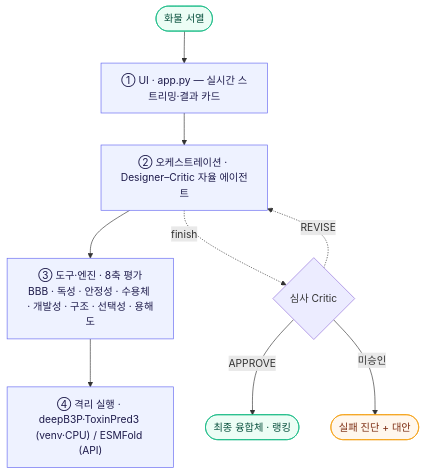
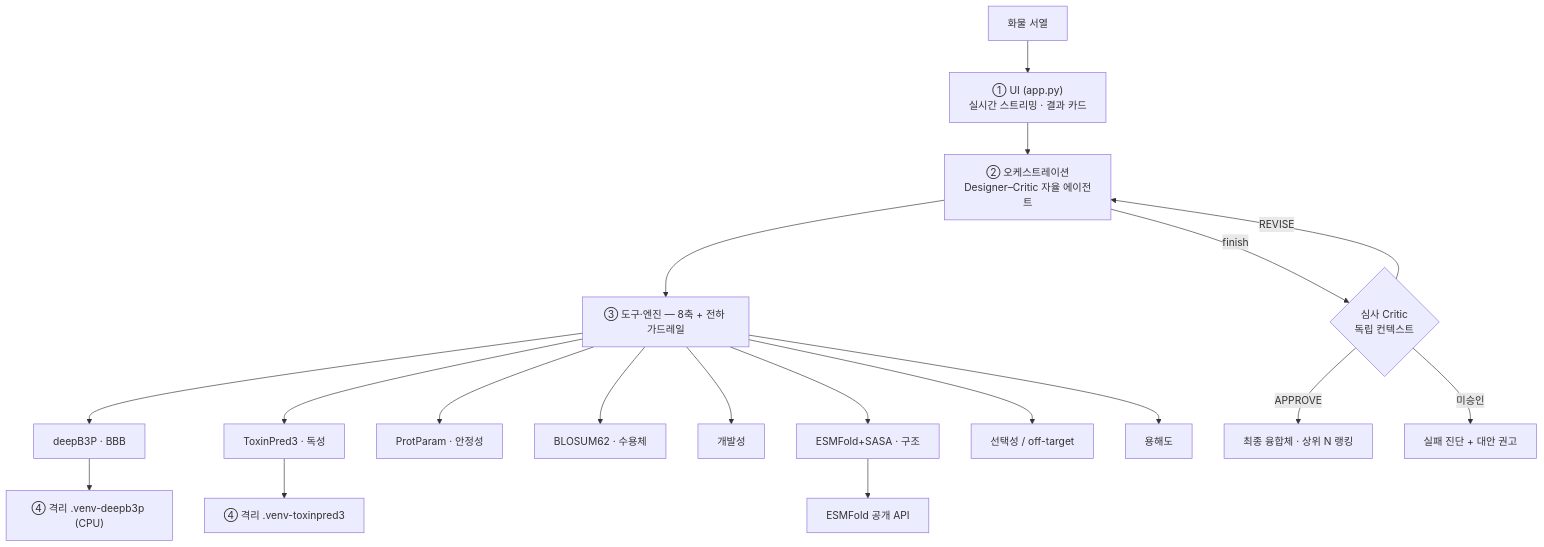
One commit to yunseul6028/BBB-Optimizer changed the first of 2 diagrams in README.md. Above: the diagram before and after it, drawn with Mermaid. The commit also changed other lines of this file, not shown here.

Commit message:
docs(README): 4계층 다이어그램 원복 (이전 버전 선호)
4계층은 이전 8-엔진 상세 버전으로 되돌림. run() 흐름은 개선(LR·스타일) 유지.

````diff
--- a/README.md
+++ b/README.md
@@ -57,17 +57,15 @@
 ```mermaid
-flowchart TD
-  U(["화물 서열"]) --> UI["① UI · app.py — 실시간 스트리밍·결과 카드"]
-  UI --> AG["② 오케스트레이션 · Designer–Critic 자율 에이전트"]
-  AG --> TL["③ 도구·엔진 · 8축 평가<br/>BBB · 독성 · 안정성 · 수용체 · 개발성 · 구조 · 선택성 · 용해도"]
-  TL --> IZ["④ 격리 실행 · deepB3P·ToxinPred3 (venv·CPU) / ESMFold (API)"]
-  AG -.->|finish| CR{"심사 Critic"}
-  CR -->|APPROVE| OK(["최종 융합체 · 랭킹"])
-  CR -.->|REVISE| AG
-  CR -->|미승인| NG(["실패 진단 + 대안"])
-  classDef layer fill:#eef2ff,stroke:#6366f1,color:#1e1b4b;
-  classDef ok fill:#ecfdf5,stroke:#10b981,color:#064e3b;
-  classDef bad fill:#fff7ed,stroke:#f59e0b,color:#7c2d12;
-  class UI,AG,TL,IZ layer
-  class U,OK ok
-  class NG bad
+flowchart TB
+  U["화물 서열"] --> UI["① UI (app.py)<br/>실시간 스트리밍 · 결과 카드"]
+  UI --> ORCH["② 오케스트레이션<br/>Designer–Critic 자율 에이전트"]
+  ORCH --> TOOLS["③ 도구·엔진 — 8축 + 전하 가드레일"]
+  TOOLS --> E1["deepB3P · BBB"] & E2["ToxinPred3 · 독성"] & E3["ProtParam · 안정성"] & E4["BLOSUM62 · 수용체"]
+  TOOLS --> E5["개발성"] & E6["ESMFold+SASA · 구조"] & E7["선택성 / off-target"] & E8["용해도"]
+  E1 --> DV["④ 격리 .venv-deepb3p (CPU)"]
+  E2 --> TV["④ 격리 .venv-toxinpred3"]
+  E6 --> API["ESMFold 공개 API"]
+  ORCH -->|finish| CR{"심사 Critic<br/>독립 컨텍스트"}
+  CR -->|APPROVE| OUT["최종 융합체 · 상위 N 랭킹"]
+  CR -->|REVISE| ORCH
+  CR -->|미승인| REC["실패 진단 + 대안 권고"]
 ```
````
